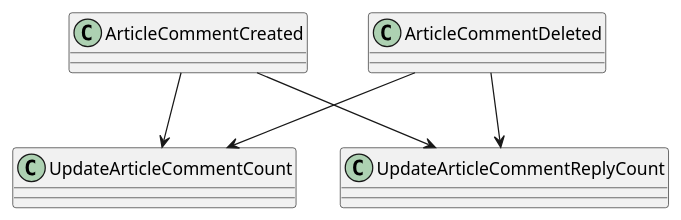
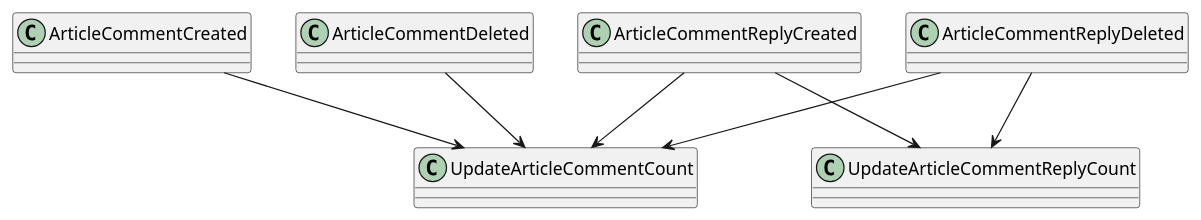
Before and after one commit to LDmoxeii/only4-KSP-cap4j: the diagram in design/domain/article/relationEC.puml, drawn with PlantUML. The commit also changed 60 other files, not shown here.

```diff
--- a/design/domain/article/relationEC.puml
+++ b/design/domain/article/relationEC.puml
@@ -1,6 +1,8 @@
 @startuml
 ArticleCommentCreated       -down-> UpdateArticleCommentCount
-ArticleCommentCreated       -down-> UpdateArticleCommentReplyCount
 ArticleCommentDeleted       -down-> UpdateArticleCommentCount
-ArticleCommentDeleted       -down-> UpdateArticleCommentReplyCount
+ArticleCommentReplyCreated  -down-> UpdateArticleCommentReplyCount
+ArticleCommentReplyCreated  -down-> UpdateArticleCommentCount
+ArticleCommentReplyDeleted  -down-> UpdateArticleCommentReplyCount
+ArticleCommentReplyDeleted  -down-> UpdateArticleCommentCount
 @enduml
```
